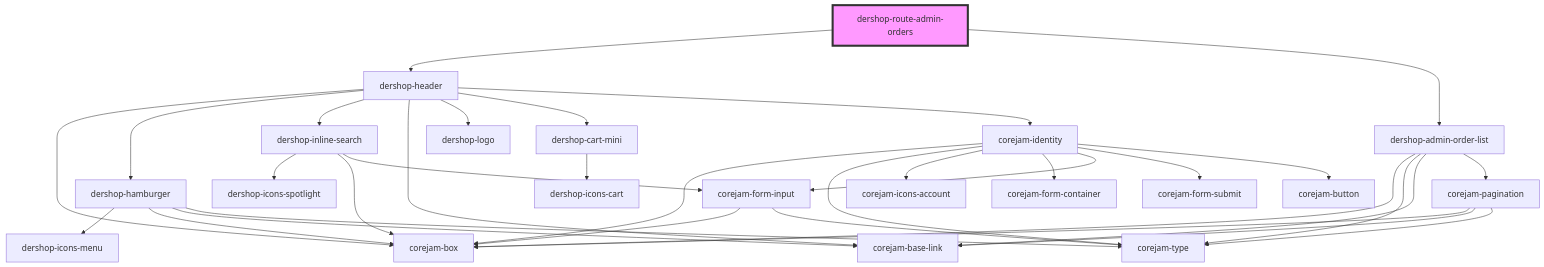
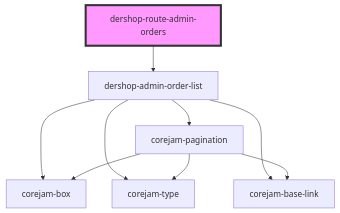
The diagram in packages/plugins/dershop/app/routes/admin/order/readme.md (corejam/corejam), drawn with Mermaid before and after one commit. The commit also changed other lines of this file and 42 other files, not shown here.

````diff
--- a/packages/plugins/dershop/app/routes/admin/order/readme.md
+++ b/packages/plugins/dershop/app/routes/admin/order/readme.md
@@ -23,37 +22,12 @@
 ```mermaid
 graph TD;
-  dershop-route-admin-orders --> dershop-header
   dershop-route-admin-orders --> dershop-admin-order-list
-  dershop-header --> corejam-box
-  dershop-header --> dershop-hamburger
-  dershop-header --> dershop-inline-search
-  dershop-header --> corejam-base-link
-  dershop-header --> dershop-logo
-  dershop-header --> dershop-cart-mini
-  dershop-header --> corejam-identity
-  dershop-hamburger --> dershop-icons-menu
-  dershop-hamburger --> corejam-box
-  dershop-hamburger --> corejam-base-link
-  dershop-hamburger --> corejam-type
-  dershop-inline-search --> dershop-icons-spotlight
-  dershop-inline-search --> corejam-box
-  dershop-inline-search --> corejam-form-input
-  corejam-form-input --> corejam-box
-  corejam-form-input --> corejam-type
-  dershop-cart-mini --> dershop-icons-cart
-  corejam-identity --> corejam-box
-  corejam-identity --> corejam-type
-  corejam-identity --> corejam-icons-account
-  corejam-identity --> corejam-form-container
-  corejam-identity --> corejam-form-input
-  corejam-identity --> corejam-form-submit
-  corejam-identity --> corejam-button
   dershop-admin-order-list --> corejam-box
   dershop-admin-order-list --> corejam-type
   dershop-admin-order-list --> corejam-base-link
   dershop-admin-order-list --> corejam-pagination
   corejam-pagination --> corejam-box
   corejam-pagination --> corejam-base-link
   corejam-pagination --> corejam-type
   style dershop-route-admin-orders fill:#f9f,stroke:#333,stroke-width:4px
 ```
````
